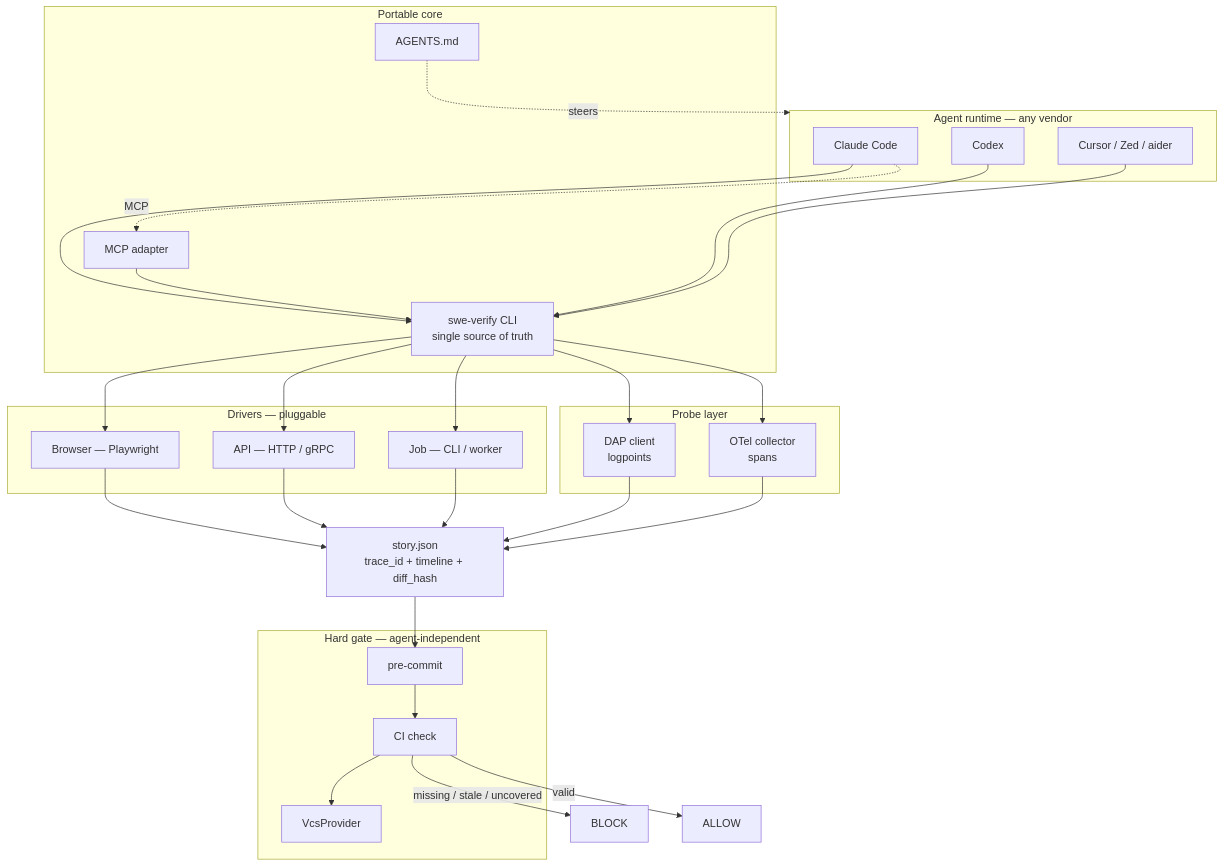
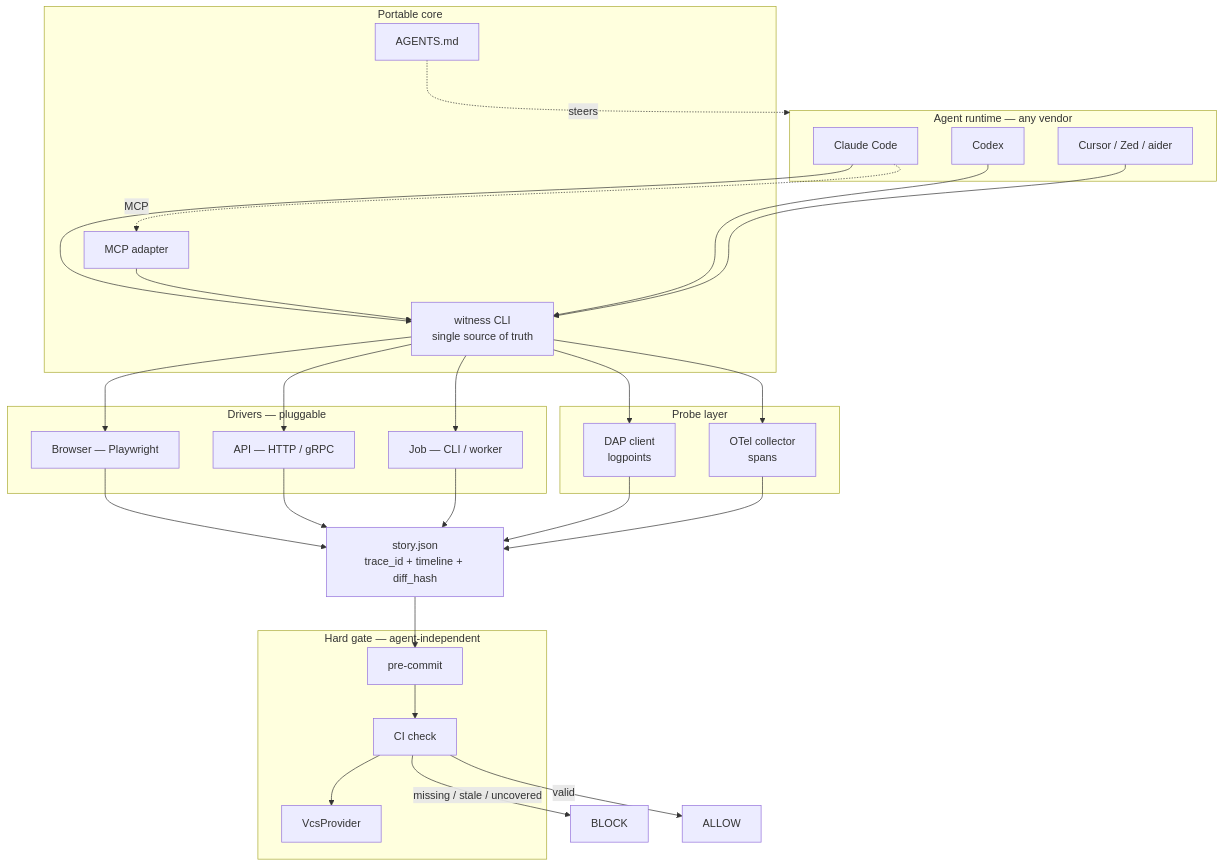
Before and after one commit to burrows99/witness: the second of 8 diagrams in docs/tdd.md, drawn with Mermaid. The commit also changed other lines of this file and 111 other files, not shown here.

````diff
--- a/docs/tdd.md
+++ b/docs/tdd.md
@@ -113,40 +113,40 @@
 ```mermaid
 flowchart TB
   subgraph AG["Agent runtime — any vendor"]
     CC[Claude Code]
     CX[Codex]
     CU["Cursor / Zed / aider"]
   end
   subgraph CORE["Portable core"]
-    CLI["swe-verify CLI<br/>single source of truth"]
+    CLI["witness CLI<br/>single source of truth"]
     MCPA["MCP adapter"]
     AGM["AGENTS.md"]
   end
   subgraph DRV["Drivers — pluggable"]
     BD["Browser — Playwright"]
     AD["API — HTTP / gRPC"]
     JD["Job — CLI / worker"]
   end
   subgraph PRB["Probe layer"]
     DAP["DAP client<br/>logpoints"]
     OT["OTel collector<br/>spans"]
   end
   ST["story.json<br/>trace_id + timeline + diff_hash"]
   subgraph GATE["Hard gate — agent-independent"]
     PC[pre-commit]
     CI[CI check]
     VP["VcsProvider"]
   end
   CC --> CLI
   CX --> CLI
   CU --> CLI
   CC -.MCP.-> MCPA --> CLI
   AGM -.steers.-> AG
   CLI --> BD & AD & JD
   CLI --> DAP & OT
   BD & AD & JD --> ST
   DAP & OT --> ST
   ST --> PC --> CI --> VP
   CI -->|missing / stale / uncovered| FAIL["BLOCK"]
   CI -->|valid| PASS["ALLOW"]
 ```
````
